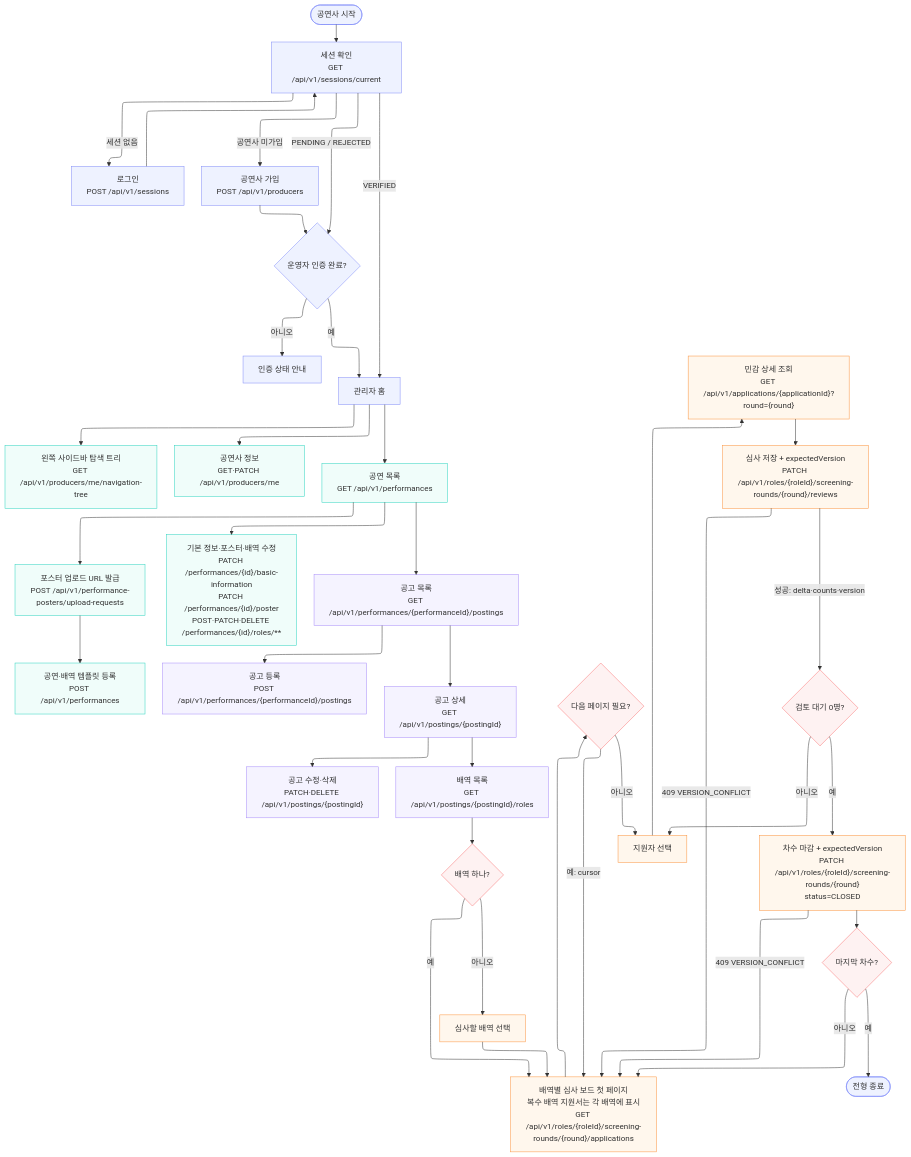
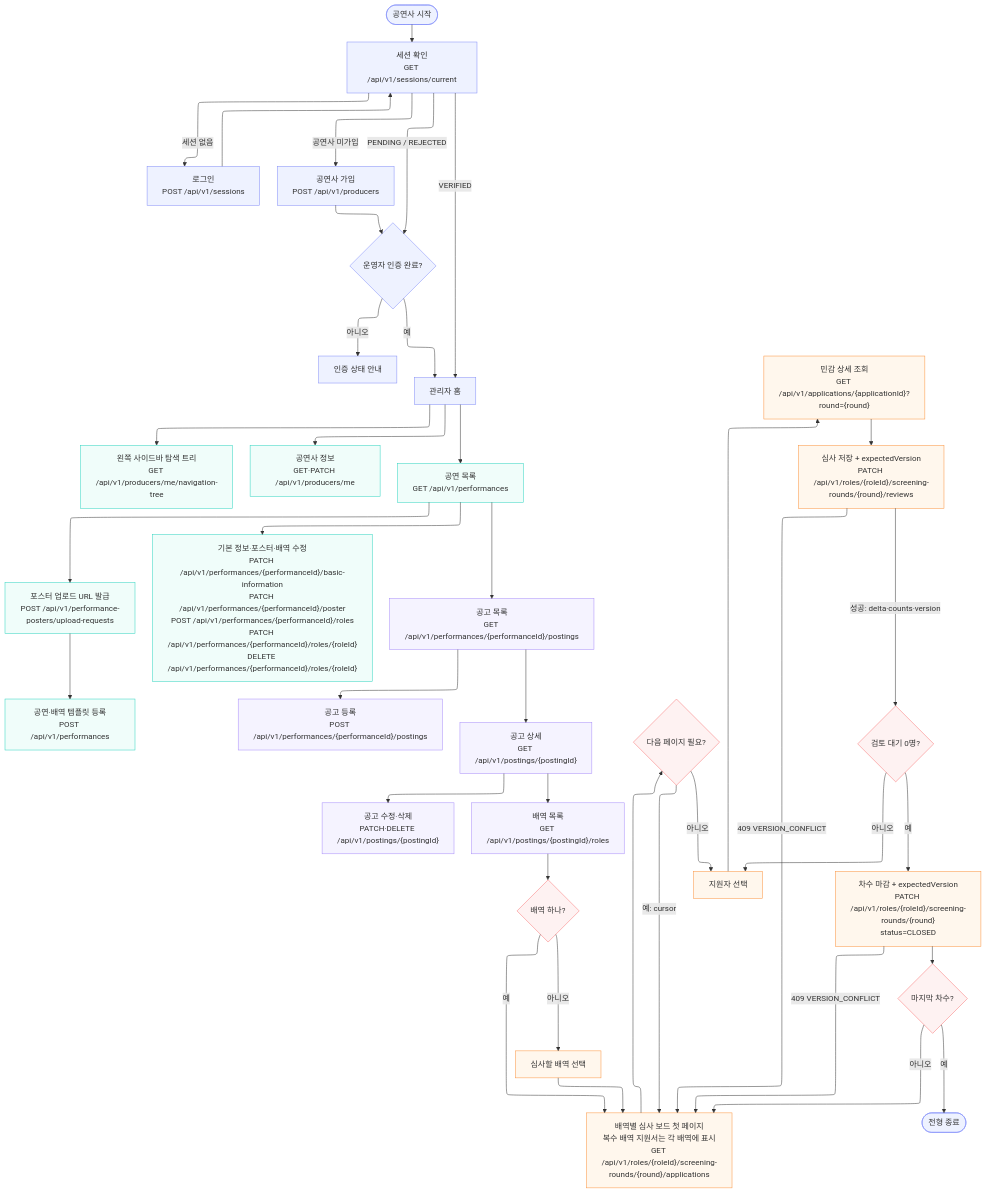
The diagram in docs/flowchart/producer.mmd (woowacourse-teams/2026-yesulin), drawn with Mermaid before and after one commit. The commit also changed 1 other file, not shown here.

```diff
--- a/docs/flowchart/producer.mmd
+++ b/docs/flowchart/producer.mmd
@@ -1,71 +1,71 @@
 ---
 config:
   layout: elk
 ---
 flowchart TB
     START(["공연사 시작"]) --> SESSION["세션 확인<br>GET /api/v1/sessions/current"]
     SESSION -- 세션 없음 --> LOGIN["로그인<br>POST /api/v1/sessions"]
     LOGIN --> SESSION
     SESSION -- 공연사 미가입 --> SIGNUP["공연사 가입<br>POST /api/v1/producers"]
     SIGNUP --> VERIFY{"운영자 인증 완료?"}
     SESSION -- PENDING / REJECTED --> VERIFY
     VERIFY -- 아니오 --> WAIT["인증 상태 안내"]
     VERIFY -- 예 --> HOME["관리자 홈"]
     SESSION -- VERIFIED --> HOME
     HOME --> NAV["왼쪽 사이드바 탐색 트리<br>GET /api/v1/producers/me/navigation-tree"] & PROFILE["공연사 정보<br>GET·PATCH /api/v1/producers/me"] & PERF["공연 목록<br>GET /api/v1/performances"]
-    PERF --> NEW_PERF["포스터 업로드 URL 발급<br>POST /api/v1/performance-posters/upload-requests"] & EDIT_PERF["기본 정보·포스터·배역 수정<br>PATCH /performances/{id}/basic-information<br>PATCH /performances/{id}/poster<br>POST·PATCH·DELETE /performances/{id}/roles/**"] & POSTINGS["공고 목록<br>GET /api/v1/performances/{performanceId}/postings"]
+    PERF --> NEW_PERF["포스터 업로드 URL 발급<br>POST /api/v1/performance-posters/upload-requests"] & EDIT_PERF["기본 정보·포스터·배역 수정<br>PATCH /api/v1/performances/{performanceId}/basic-information<br>PATCH /api/v1/performances/{performanceId}/poster<br>POST /api/v1/performances/{performanceId}/roles<br>PATCH /api/v1/performances/{performanceId}/roles/{roleId}<br>DELETE /api/v1/performances/{performanceId}/roles/{roleId}"] & POSTINGS["공고 목록<br>GET /api/v1/performances/{performanceId}/postings"]
     NEW_PERF --> CREATE_PERF["공연·배역 템플릿 등록<br>POST /api/v1/performances"]
     POSTINGS --> CREATE_POSTING["공고 등록<br>POST /api/v1/performances/{performanceId}/postings"] & POSTING_DETAIL["공고 상세<br>GET /api/v1/postings/{postingId}"]
     POSTING_DETAIL --> EDIT_POSTING["공고 수정·삭제<br>PATCH·DELETE /api/v1/postings/{postingId}"] & ROLES["배역 목록<br>GET /api/v1/postings/{postingId}/roles"]
     ROLES --> SOLE{"배역 하나?"}
     SOLE -- 예 --> BOARD["배역별 심사 보드 첫 페이지<br>복수 배역 지원서는 각 배역에 표시<br>GET /api/v1/roles/{roleId}/screening-rounds/{round}/applications"]
     SOLE -- 아니오 --> CHOOSE_ROLE["심사할 배역 선택"]
     CHOOSE_ROLE --> BOARD
     BOARD --> MORE{"다음 페이지 필요?"}
     MORE -- 예: cursor --> BOARD
     MORE -- 아니오 --> SELECT["지원자 선택"]
     SELECT --> APP_DETAIL["민감 상세 조회<br>GET /api/v1/applications/{applicationId}?round={round}"]
     APP_DETAIL --> REVIEW["심사 저장 + expectedVersion<br>PATCH /api/v1/roles/{roleId}/screening-rounds/{round}/reviews"]
     REVIEW -- 409 VERSION_CONFLICT --> BOARD
     REVIEW -- 성공: delta·counts·version --> DONE{"검토 대기 0명?"}
     DONE -- 아니오 --> SELECT
     DONE -- 예 --> CLOSE["차수 마감 + expectedVersion<br>PATCH /api/v1/roles/{roleId}/screening-rounds/{round}<br>status=CLOSED"]
     CLOSE -- 409 VERSION_CONFLICT --> BOARD
     CLOSE --> LAST{"마지막 차수?"}
     LAST -- 아니오 --> BOARD
     LAST -- 예 --> FINISH(["전형 종료"])
 
     START:::authNode
     SESSION:::authNode
     LOGIN:::authNode
     SIGNUP:::authNode
     VERIFY:::authNode
     WAIT:::authNode
     HOME:::authNode
     NAV:::perfNode
     PROFILE:::perfNode
     PERF:::perfNode
     NEW_PERF:::perfNode
     EDIT_PERF:::perfNode
     POSTINGS:::postingNode
     CREATE_PERF:::perfNode
     CREATE_POSTING:::postingNode
     POSTING_DETAIL:::postingNode
     EDIT_POSTING:::postingNode
     ROLES:::postingNode
     SOLE:::decisionNode
     BOARD:::screeningNode
     CHOOSE_ROLE:::screeningNode
     MORE:::decisionNode
     SELECT:::screeningNode
     APP_DETAIL:::screeningNode
     REVIEW:::screeningNode
     DONE:::decisionNode
     CLOSE:::screeningNode
     LAST:::decisionNode
     FINISH:::authNode
     classDef authNode stroke:#818cf8,fill:#eef2ff
     classDef perfNode stroke:#2dd4bf,fill:#f0fdfa
     classDef postingNode stroke:#a78bfa,fill:#f5f3ff
     classDef screeningNode stroke:#fb923c,fill:#fff7ed
     classDef decisionNode stroke:#f87171,fill:#fef2f2
```
